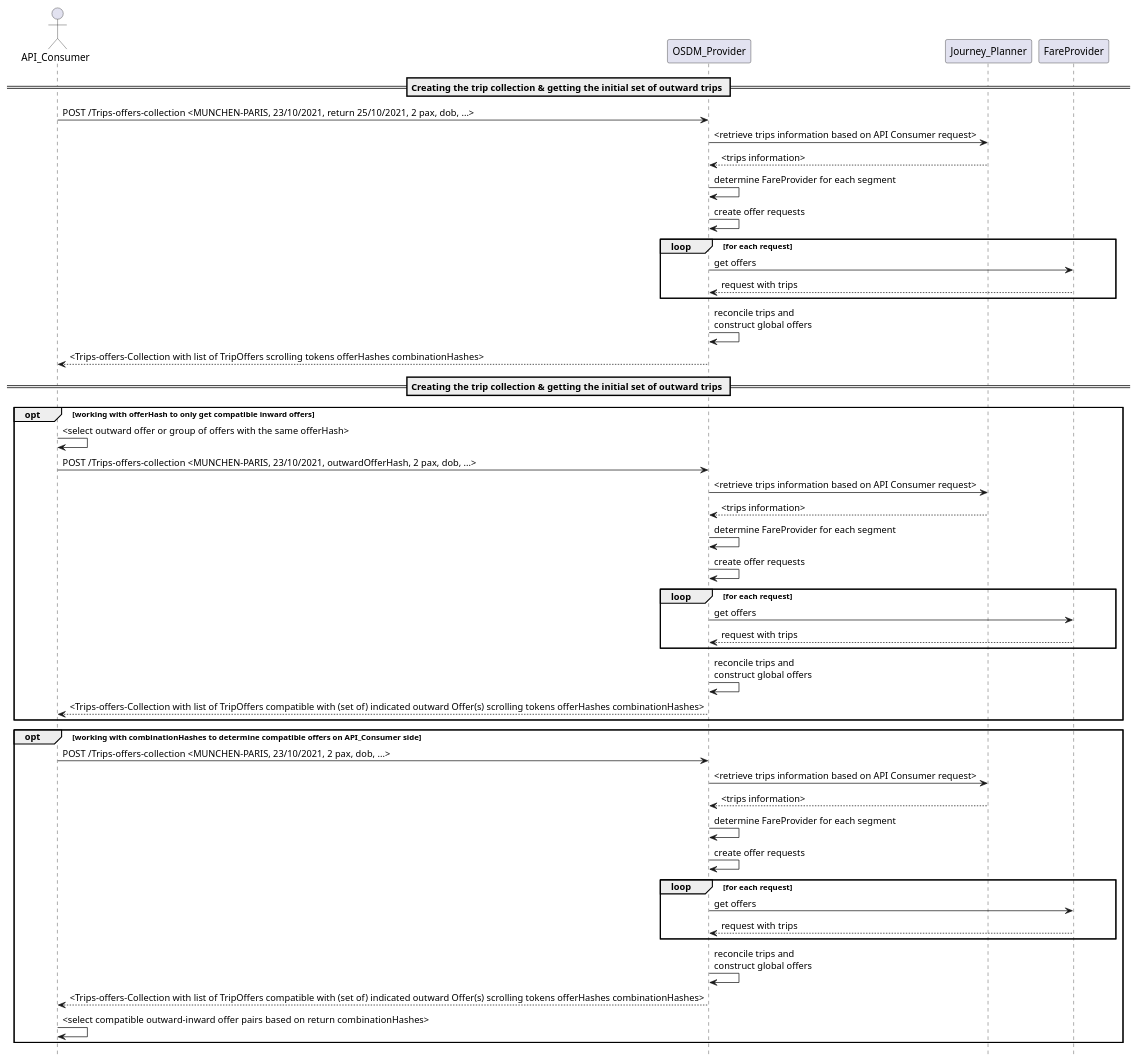
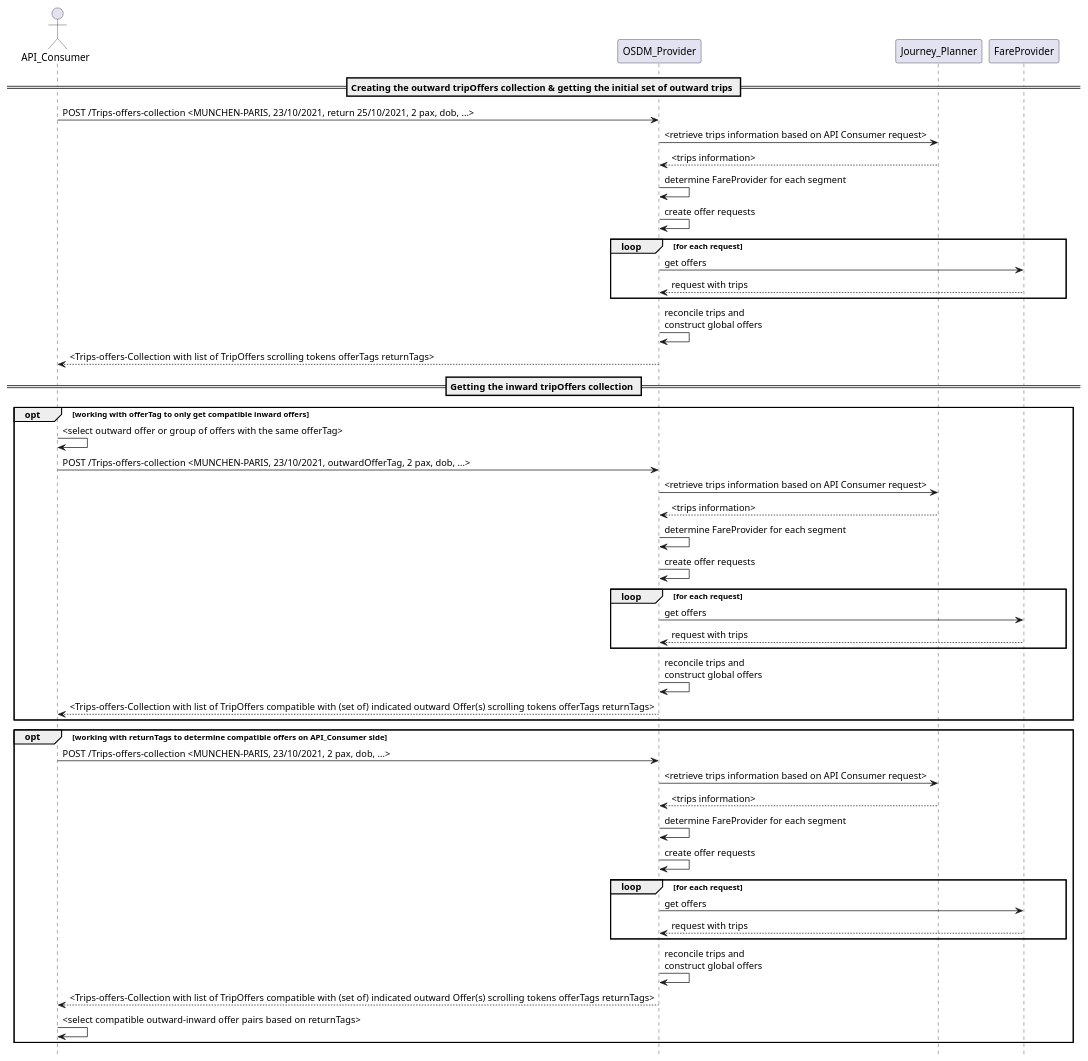
Before and after one commit to UnionInternationalCheminsdeFer/OSDM: the diagram in images/processes/seq-products-covering-both-directions.puml, drawn with PlantUML. The commit also changed 3 other files, not shown here.

```diff
--- a/images/processes/seq-products-covering-both-directions.puml
+++ b/images/processes/seq-products-covering-both-directions.puml
@@ -1,47 +1,47 @@
 hide footbox
 
 actor API_Consumer 
 
-== Creating the trip collection & getting the initial set of outward trips ==
+== Creating the outward tripOffers collection & getting the initial set of outward trips ==
 API_Consumer -> OSDM_Provider: POST /Trips-offers-collection <MUNCHEN-PARIS, 23/10/2021, return 25/10/2021, 2 pax, dob, ...>
 OSDM_Provider -> Journey_Planner : <retrieve trips information based on API Consumer request>
 Journey_Planner --> OSDM_Provider : <trips information>
 OSDM_Provider -> OSDM_Provider: determine FareProvider for each segment
 OSDM_Provider -> OSDM_Provider : create offer requests
 loop for each request
     OSDM_Provider -> FareProvider: get offers 
     FareProvider --> OSDM_Provider : request with trips
 end
 OSDM_Provider -> OSDM_Provider : reconcile trips and \nconstruct global offers
-OSDM_Provider --> API_Consumer: <Trips-offers-Collection with list of TripOffers scrolling tokens offerHashes combinationHashes>
+OSDM_Provider --> API_Consumer: <Trips-offers-Collection with list of TripOffers scrolling tokens offerTags returnTags>
 
-== Creating the trip collection & getting the initial set of outward trips ==
-opt working with offerHash to only get compatible inward offers
-API_Consumer -> API_Consumer: <select outward offer or group of offers with the same offerHash>
-API_Consumer -> OSDM_Provider: POST /Trips-offers-collection <MUNCHEN-PARIS, 23/10/2021, outwardOfferHash, 2 pax, dob, ...>
+== Getting the inward tripOffers collection ==
+opt working with offerTag to only get compatible inward offers
+API_Consumer -> API_Consumer: <select outward offer or group of offers with the same offerTag>
+API_Consumer -> OSDM_Provider: POST /Trips-offers-collection <MUNCHEN-PARIS, 23/10/2021, outwardOfferTag, 2 pax, dob, ...>
 OSDM_Provider -> Journey_Planner : <retrieve trips information based on API Consumer request>
 Journey_Planner --> OSDM_Provider : <trips information>
 OSDM_Provider -> OSDM_Provider: determine FareProvider for each segment
 OSDM_Provider -> OSDM_Provider : create offer requests
 loop for each request
     OSDM_Provider -> FareProvider: get offers 
     FareProvider --> OSDM_Provider : request with trips
 end
 OSDM_Provider -> OSDM_Provider : reconcile trips and \nconstruct global offers
-OSDM_Provider --> API_Consumer: <Trips-offers-Collection with list of TripOffers compatible with (set of) indicated outward Offer(s) scrolling tokens offerHashes combinationHashes>
+OSDM_Provider --> API_Consumer: <Trips-offers-Collection with list of TripOffers compatible with (set of) indicated outward Offer(s) scrolling tokens offerTags returnTags>
 end
 
-opt working with combinationHashes to determine compatible offers on API_Consumer side
+opt working with returnTags to determine compatible offers on API_Consumer side
 API_Consumer -> OSDM_Provider: POST /Trips-offers-collection <MUNCHEN-PARIS, 23/10/2021, 2 pax, dob, ...>
 OSDM_Provider -> Journey_Planner : <retrieve trips information based on API Consumer request>
 Journey_Planner --> OSDM_Provider : <trips information>
 OSDM_Provider -> OSDM_Provider: determine FareProvider for each segment
 OSDM_Provider -> OSDM_Provider : create offer requests
 loop for each request
     OSDM_Provider -> FareProvider: get offers 
     FareProvider --> OSDM_Provider : request with trips
 end
 OSDM_Provider -> OSDM_Provider : reconcile trips and \nconstruct global offers
-OSDM_Provider --> API_Consumer: <Trips-offers-Collection with list of TripOffers compatible with (set of) indicated outward Offer(s) scrolling tokens offerHashes combinationHashes>
-API_Consumer -> API_Consumer: <select compatible outward-inward offer pairs based on return combinationHashes>
+OSDM_Provider --> API_Consumer: <Trips-offers-Collection with list of TripOffers compatible with (set of) indicated outward Offer(s) scrolling tokens offerTags returnTags>
+API_Consumer -> API_Consumer: <select compatible outward-inward offer pairs based on returnTags>
 end
```
